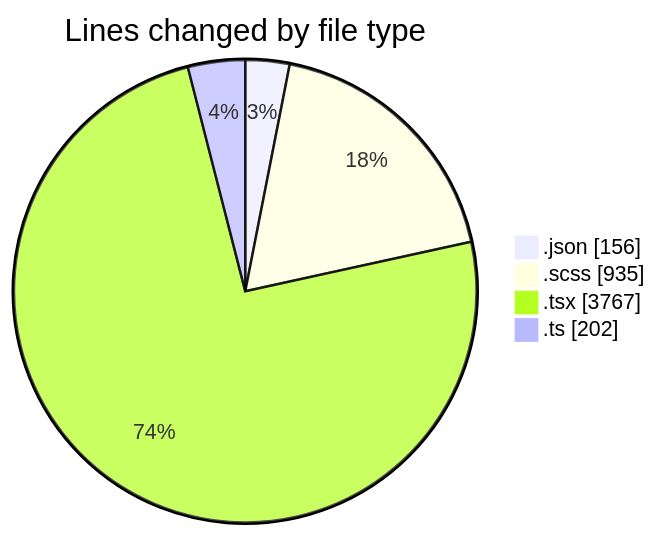
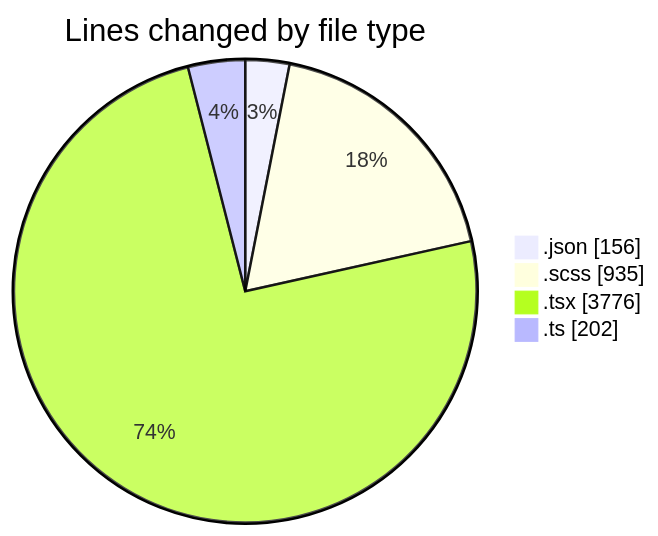
The first of 2 diagrams in 2026-02-17/cda/README.md (momahboobian/code-tracking), drawn with Mermaid before and after one commit. The commit also changed other lines of this file and 1 other file, not shown here.

````diff
--- a/2026-02-17/cda/README.md
+++ b/2026-02-17/cda/README.md
@@ -32,8 +32,8 @@
 ```mermaid
 pie showData
 title Lines changed by file type
 ".json" : 156
 ".scss" : 935
-".tsx" : 3767
+".tsx" : 3776
 ".ts" : 202
 ```
````
